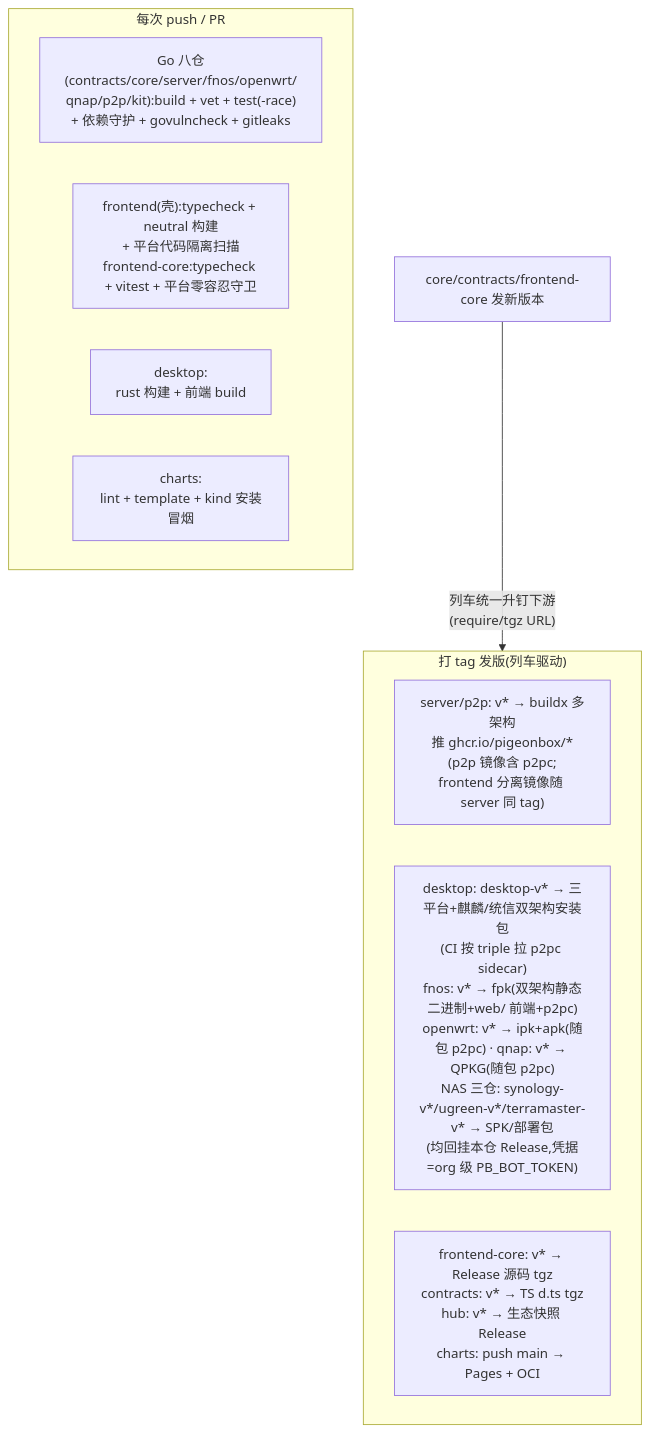
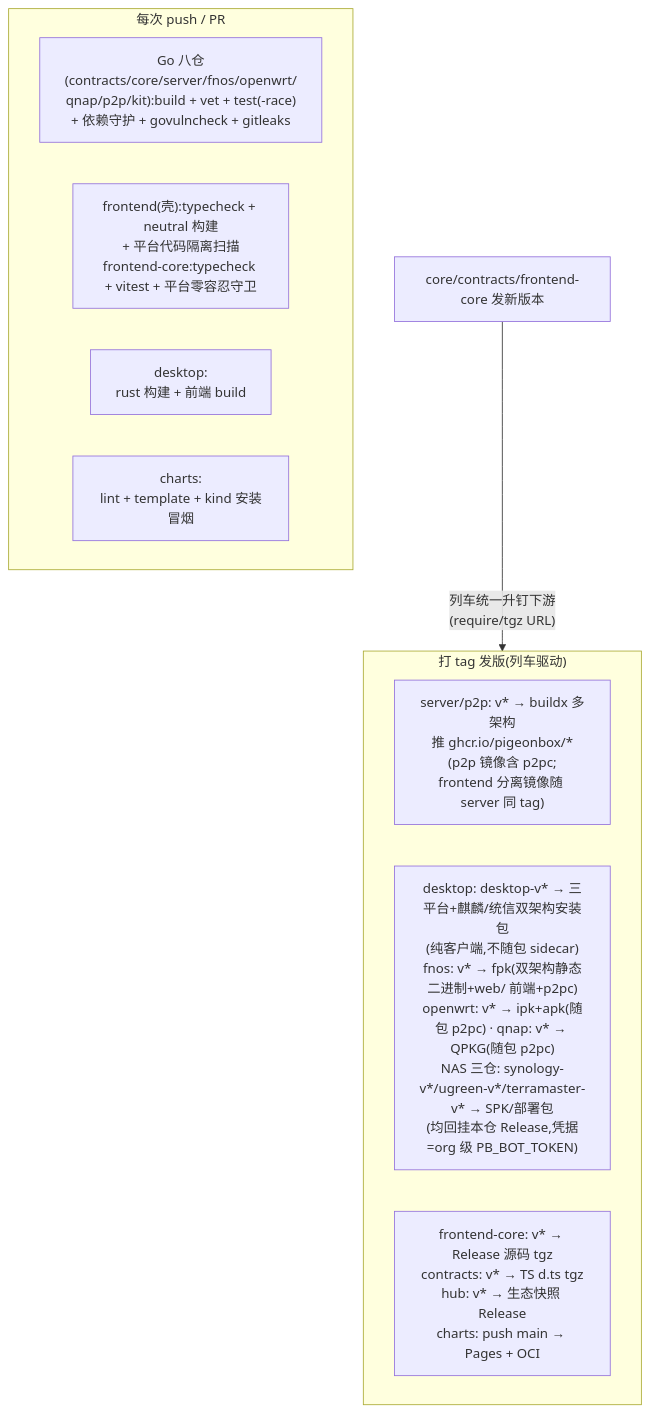
One commit to pigeonbox/pigeonbox changed the tenth of 10 diagrams in docs/architecture.md. Above: the diagram before and after it, drawn with Mermaid. The commit also changed other lines of this file, not shown here.

First line of the commit message:
docs(arch): 架构全景图口径对齐 Wave B'（直传退役，Box 只留联邦面）

````diff
--- a/docs/architecture.md
+++ b/docs/architecture.md
@@ -363,15 +357,15 @@
 ```mermaid
 flowchart TD
     subgraph PR["每次 push / PR"]
         GO["Go 八仓(contracts/core/server/fnos/openwrt/<br/>qnap/p2p/kit):build + vet + test(-race)<br/>+ 依赖守护 + govulncheck + gitleaks"]
         FECI["frontend(壳):typecheck + neutral 构建<br/>+ 平台代码隔离扫描<br/>frontend-core:typecheck + vitest + 平台零容忍守卫"]
         DSK["desktop:<br/>rust 构建 + 前端 build"]
         CHT["charts:<br/>lint + template + kind 安装冒烟"]
     end
     subgraph REL["打 tag 发版(列车驱动)"]
         IMG["server/p2p: v* → buildx 多架构<br/>推 ghcr.io/pigeonbox/*(p2p 镜像含 p2pc;<br/>frontend 分离镜像随 server 同 tag)"]
-        BIN["desktop: desktop-v* → 三平台+麒麟/统信双架构安装包<br/>(CI 按 triple 拉 p2pc sidecar)<br/>fnos: v* → fpk(双架构静态二进制+web/ 前端+p2pc)<br/>openwrt: v* → ipk+apk(随包 p2pc) · qnap: v* → QPKG(随包 p2pc)<br/>NAS 三仓: synology-v*/ugreen-v*/terramaster-v* → SPK/部署包<br/>(均回挂本仓 Release,凭据=org 级 PB_BOT_TOKEN)"]
+        BIN["desktop: desktop-v* → 三平台+麒麟/统信双架构安装包<br/>(纯客户端,不随包 sidecar)<br/>fnos: v* → fpk(双架构静态二进制+web/ 前端+p2pc)<br/>openwrt: v* → ipk+apk(随包 p2pc) · qnap: v* → QPKG(随包 p2pc)<br/>NAS 三仓: synology-v*/ugreen-v*/terramaster-v* → SPK/部署包<br/>(均回挂本仓 Release,凭据=org 级 PB_BOT_TOKEN)"]
         PUB["frontend-core: v* → Release 源码 tgz<br/>contracts: v* → TS d.ts tgz<br/>hub: v* → 生态快照 Release<br/>charts: push main → Pages + OCI"]
     end
     COREDEV["core/contracts/frontend-core 发新版本"] -->|"列车统一升钉下游<br/>(require/tgz URL)"| REL
 ```
````
